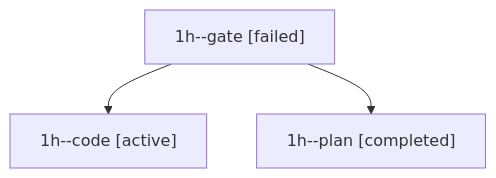
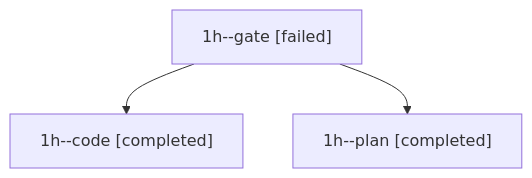
The diagram in families/bbugyi200.apollo.1h.md (sase-org/sase--agents), drawn with Mermaid before and after one commit. The commit also changed other lines of this file and 46 other files, not shown here.

````diff
--- a/families/bbugyi200.apollo.1h.md
+++ b/families/bbugyi200.apollo.1h.md
@@ -9,8 +9,8 @@
 ```mermaid
 flowchart TD
   n0["1h--gate [failed]"]
-  n1["1h--code [active]"]
+  n1["1h--code [completed]"]
   n0 --> n1
   n2["1h--plan [completed]"]
   n0 --> n2
 ```
````
